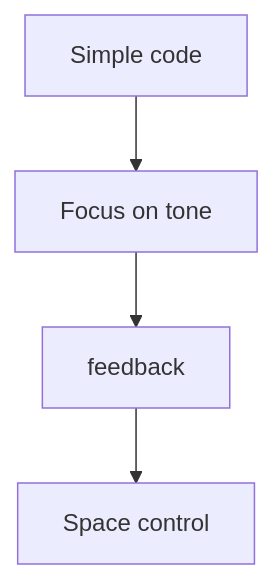
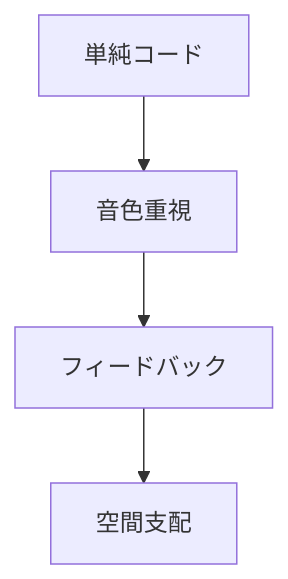
One commit to monumental-movement/monumental-movement.github.io changed the fourth of 8 diagrams in en/_posts/2026-05-09-column-spacemen-3.md. Above: the diagram before and after it, drawn with Mermaid. The commit also changed other lines of this file and 2196 other files, not shown here.

```diff
--- a/en/_posts/2026-05-09-column-spacemen-3.md
+++ b/en/_posts/2026-05-09-column-spacemen-3.md
@@ -356,6 +356,6 @@
 <div class="mermaid">
 graph TD
-A["Simple code"] --> B["Focus on tone"]
-B --> C["feedback"]
-C --> D["Space control"]
+A["単純コード"] --> B["音色重視"]
+B --> C["フィードバック"]
+C --> D["空間支配"]
 </div>
```
